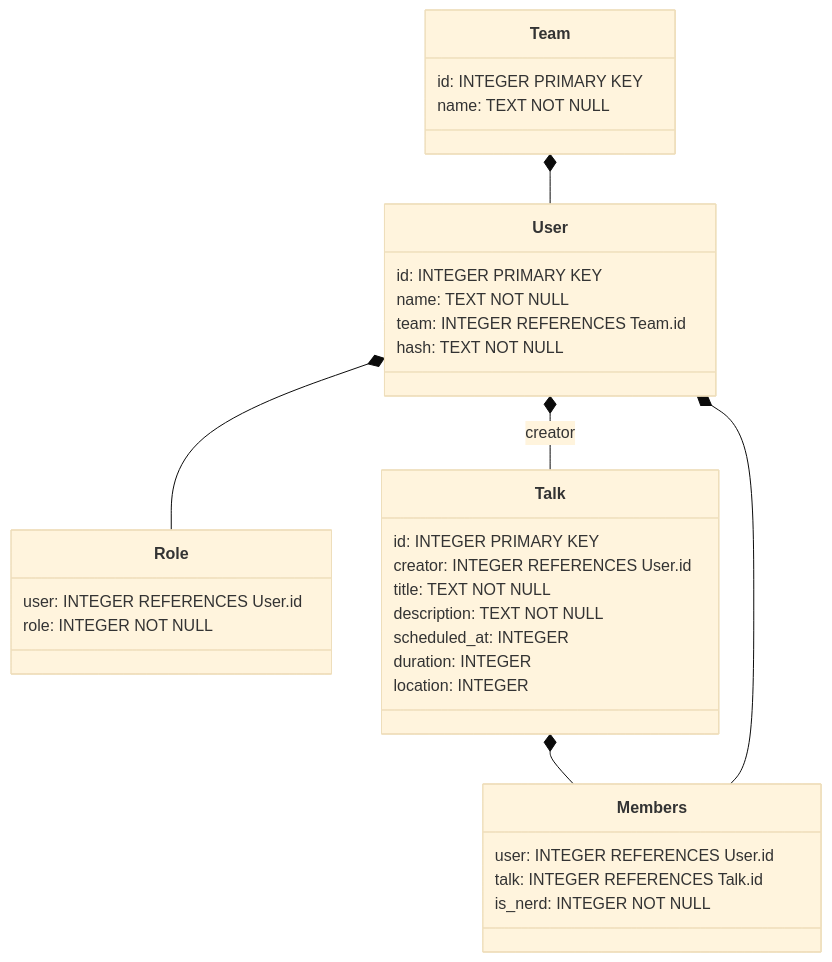
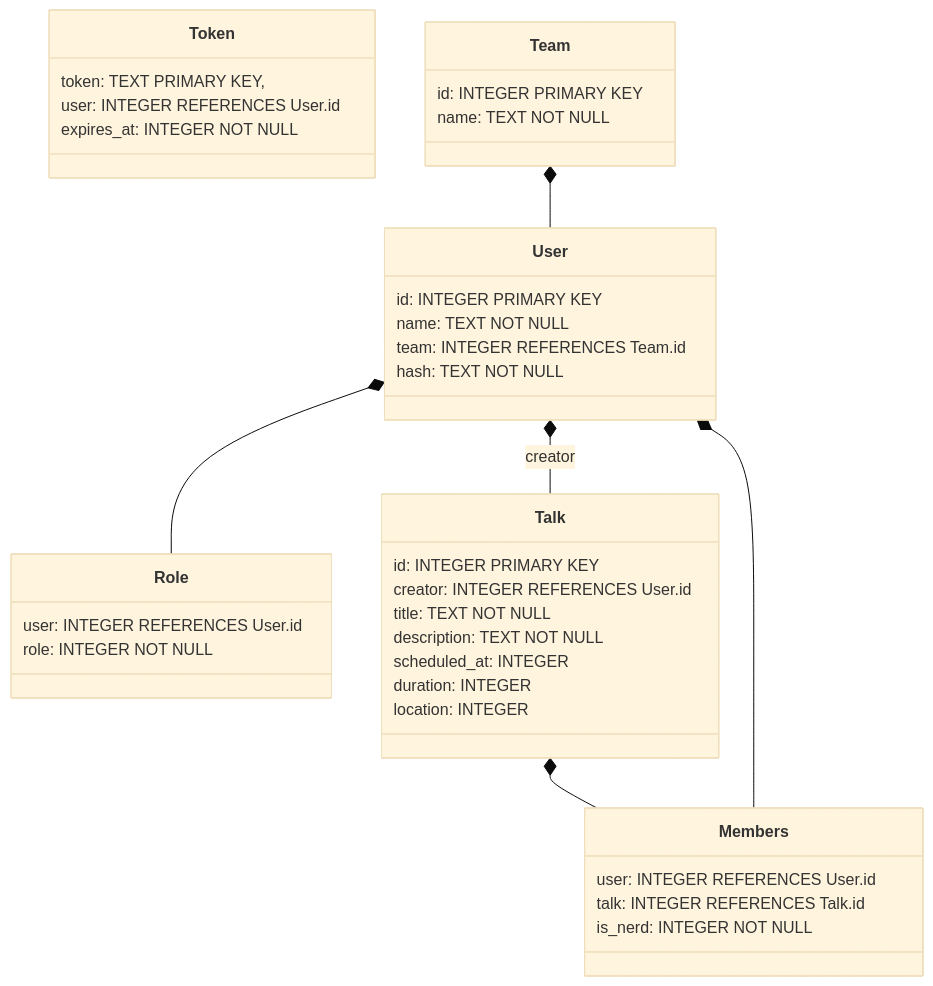
One commit to HULKs/mopad changed the diagram in README.md. Above: the diagram before and after it, drawn with Mermaid (base theme). The commit also changed other lines of this file and 3 other files, not shown here.

````diff
--- a/README.md
+++ b/README.md
@@ -112,36 +113,41 @@
 ```mermaid
 classDiagram
     class User {
         id: INTEGER PRIMARY KEY
         name: TEXT NOT NULL
         team: INTEGER REFERENCES Team.id
         hash: TEXT NOT NULL
     }
     class Role {
         user: INTEGER REFERENCES User.id
         role: INTEGER NOT NULL
+    }
+    class Token {
+        token: TEXT PRIMARY KEY,
+        user: INTEGER REFERENCES User.id
+        expires_at: INTEGER NOT NULL
     }
     class Team {
         id: INTEGER PRIMARY KEY
         name: TEXT NOT NULL
     }
     class Talk {
         id: INTEGER PRIMARY KEY
         creator: INTEGER REFERENCES User.id
         title: TEXT NOT NULL
         description: TEXT NOT NULL
         scheduled_at: INTEGER
         duration: INTEGER
         location: INTEGER
     }
     class Members {
         user: INTEGER REFERENCES User.id
         talk: INTEGER REFERENCES Talk.id
         is_nerd: INTEGER NOT NULL
     }
     User *-- Role
     Team *-- User
     User *-- Talk: creator
     Talk *-- Members
     User *-- Members
 ```
````
